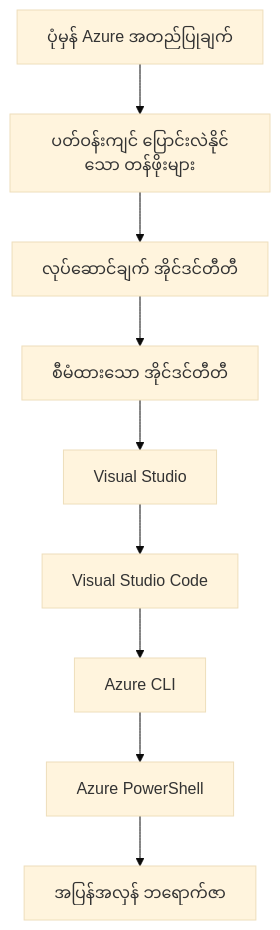
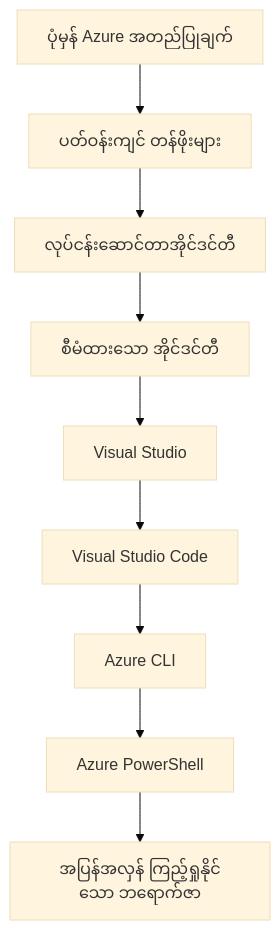
Before and after one commit to microsoft/AZD-for-beginners: the second of 2 diagrams in translations/my/docs/chapter-01-foundation/azd-basics.md, drawn with Mermaid (base theme). The commit also changed other lines of this file and 101 other files, not shown here.

````diff
--- a/translations/my/docs/chapter-01-foundation/azd-basics.md
+++ b/translations/my/docs/chapter-01-foundation/azd-basics.md
@@ -592,11 +591,11 @@
 ```mermaid
 graph TD
-    A[ပုံမှန် Azure အတည်ပြုချက်] --> B[ပတ်ဝန်းကျင် ပြောင်းလဲနိုင်သော တန်ဖိုးများ]
-    B --> C[လုပ်ဆောင်ချက် အိုင်ဒင်တီတီ]
-    C --> D[စီမံထားသော အိုင်ဒင်တီတီ]
+    A[ပုံမှန် Azure အတည်ပြုချက်] --> B[ပတ်ဝန်းကျင် တန်ဖိုးများ]
+    B --> C[လုပ်ငန်းဆောင်တာအိုင်ဒင်တီ]
+    C --> D[စီမံထားသော အိုင်ဒင်တီ]
     D --> E[Visual Studio]
     E --> F[Visual Studio Code]
     F --> G[Azure CLI]
     G --> H[Azure PowerShell]
-    H --> I[အပြန်အလှန် ဘရောက်ဇာ]
+    H --> I[အပြန်အလှန် ကြည့်ရှုနိုင်သော ဘရောက်ဇာ]
 ```
````
